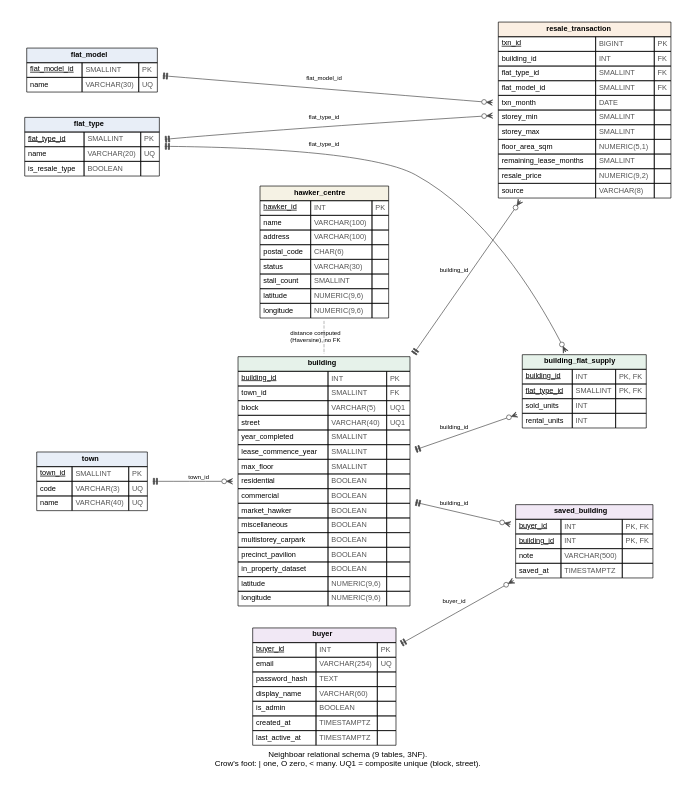
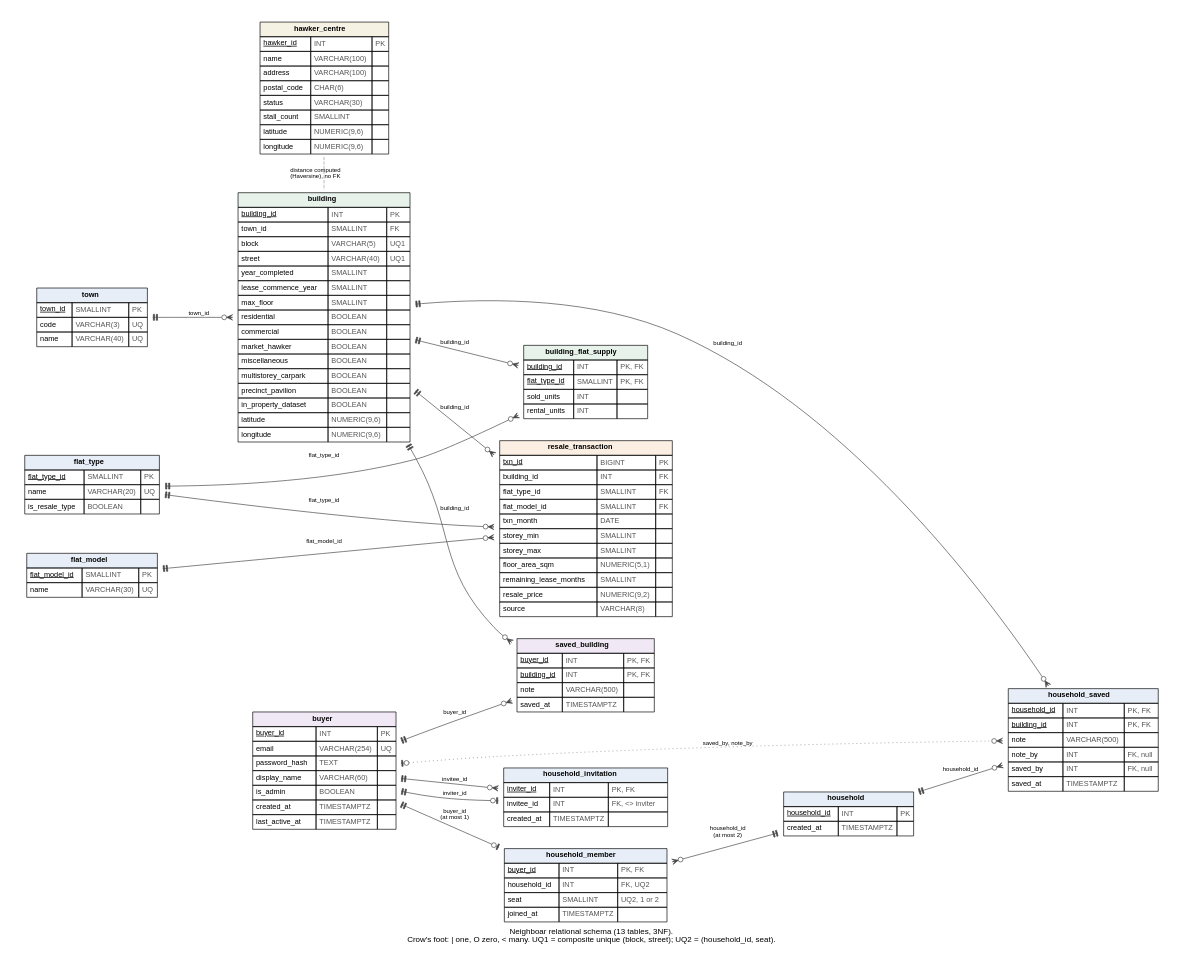
One commit to C-O-L0/Neighboarhood changed the diagram in docs/diagrams/erd.dot. Above: the diagram before and after it, drawn with Graphviz. The commit also changed 36 other files, not shown here.

First line of the commit message:
Add households: two accounts sharing one shortlist (both databases)

```diff
--- a/docs/diagrams/erd.dot
+++ b/docs/diagrams/erd.dot
@@ -1,13 +1,15 @@
-// Neighboar ERD: PostgreSQL schema (db/postgres/001_schema.sql), crow's-foot notation.
+// Neighboar ERD: PostgreSQL schema (db/postgres/001_schema.sql, 006_households.sql), crow's-foot notation.
 // Hand-maintained. tests/integration/test_erd.py fails if a table or column here differs from the live catalogue.
 // Render: python -m docs.diagrams.build
 digraph neighboar_erd {
   graph [rankdir=LR, splines=spline, nodesep=0.35, ranksep=0.9, fontname="Helvetica", fontsize=12, pad=0.3,
-         label="Neighboar relational schema (9 tables, 3NF).\nCrow's foot: | one, O zero, < many. UQ1 = composite unique (block, street).", labelloc=b];
+         label="Neighboar relational schema (13 tables, 3NF).\nCrow's foot: | one, O zero, < many. UQ1 = composite unique (block, street); UQ2 = (household_id, seat).", labelloc=b];
   node [shape=plaintext, fontname="Helvetica", fontsize=11];
   { rank=same; town; flat_type; flat_model; }
   { rank=same; building; buyer; hawker_centre; }
-  { rank=same; resale_transaction; building_flat_supply; saved_building; }
+  { rank=same; resale_transaction; building_flat_supply; saved_building; household_member; household_invitation; }
+  { rank=same; household; }
+  { rank=same; household_saved; }
   edge [fontname="Helvetica", fontsize=9, color="#444444", dir=both, arrowsize=0.9];
 
   town [label=<
@@ -92,6 +94,37 @@
       <TR><TD PORT="note" ALIGN="LEFT">note</TD><TD ALIGN="LEFT"><FONT COLOR="#555555">VARCHAR(500)</FONT></TD><TD ALIGN="LEFT"> </TD></TR>
       <TR><TD PORT="saved_at" ALIGN="LEFT">saved_at</TD><TD ALIGN="LEFT"><FONT COLOR="#555555">TIMESTAMPTZ</FONT></TD><TD ALIGN="LEFT"> </TD></TR>
     </TABLE>>];
+  household [label=<
+    <TABLE BORDER="0" CELLBORDER="1" CELLSPACING="0" CELLPADDING="4">
+      <TR><TD COLSPAN="3" BGCOLOR="#E7EEF7"><B>household</B></TD></TR>
+      <TR><TD PORT="household_id" ALIGN="LEFT"><U>household_id</U></TD><TD ALIGN="LEFT"><FONT COLOR="#555555">INT</FONT></TD><TD ALIGN="LEFT"><FONT COLOR="#555555">PK</FONT></TD></TR>
+      <TR><TD PORT="created_at" ALIGN="LEFT">created_at</TD><TD ALIGN="LEFT"><FONT COLOR="#555555">TIMESTAMPTZ</FONT></TD><TD ALIGN="LEFT"> </TD></TR>
+    </TABLE>>];
+  household_member [label=<
+    <TABLE BORDER="0" CELLBORDER="1" CELLSPACING="0" CELLPADDING="4">
+      <TR><TD COLSPAN="3" BGCOLOR="#E7EEF7"><B>household_member</B></TD></TR>
+      <TR><TD PORT="buyer_id" ALIGN="LEFT"><U>buyer_id</U></TD><TD ALIGN="LEFT"><FONT COLOR="#555555">INT</FONT></TD><TD ALIGN="LEFT"><FONT COLOR="#555555">PK, FK</FONT></TD></TR>
+      <TR><TD PORT="household_id" ALIGN="LEFT">household_id</TD><TD ALIGN="LEFT"><FONT COLOR="#555555">INT</FONT></TD><TD ALIGN="LEFT"><FONT COLOR="#555555">FK, UQ2</FONT></TD></TR>
+      <TR><TD PORT="seat" ALIGN="LEFT">seat</TD><TD ALIGN="LEFT"><FONT COLOR="#555555">SMALLINT</FONT></TD><TD ALIGN="LEFT"><FONT COLOR="#555555">UQ2, 1 or 2</FONT></TD></TR>
+      <TR><TD PORT="joined_at" ALIGN="LEFT">joined_at</TD><TD ALIGN="LEFT"><FONT COLOR="#555555">TIMESTAMPTZ</FONT></TD><TD ALIGN="LEFT"> </TD></TR>
+    </TABLE>>];
+  household_invitation [label=<
+    <TABLE BORDER="0" CELLBORDER="1" CELLSPACING="0" CELLPADDING="4">
+      <TR><TD COLSPAN="3" BGCOLOR="#E7EEF7"><B>household_invitation</B></TD></TR>
+      <TR><TD PORT="inviter_id" ALIGN="LEFT"><U>inviter_id</U></TD><TD ALIGN="LEFT"><FONT COLOR="#555555">INT</FONT></TD><TD ALIGN="LEFT"><FONT COLOR="#555555">PK, FK</FONT></TD></TR>
+      <TR><TD PORT="invitee_id" ALIGN="LEFT">invitee_id</TD><TD ALIGN="LEFT"><FONT COLOR="#555555">INT</FONT></TD><TD ALIGN="LEFT"><FONT COLOR="#555555">FK, &lt;&gt; inviter</FONT></TD></TR>
+      <TR><TD PORT="created_at" ALIGN="LEFT">created_at</TD><TD ALIGN="LEFT"><FONT COLOR="#555555">TIMESTAMPTZ</FONT></TD><TD ALIGN="LEFT"> </TD></TR>
+    </TABLE>>];
+  household_saved [label=<
+    <TABLE BORDER="0" CELLBORDER="1" CELLSPACING="0" CELLPADDING="4">
+      <TR><TD COLSPAN="3" BGCOLOR="#E7EEF7"><B>household_saved</B></TD></TR>
+      <TR><TD PORT="household_id" ALIGN="LEFT"><U>household_id</U></TD><TD ALIGN="LEFT"><FONT COLOR="#555555">INT</FONT></TD><TD ALIGN="LEFT"><FONT COLOR="#555555">PK, FK</FONT></TD></TR>
+      <TR><TD PORT="building_id" ALIGN="LEFT"><U>building_id</U></TD><TD ALIGN="LEFT"><FONT COLOR="#555555">INT</FONT></TD><TD ALIGN="LEFT"><FONT COLOR="#555555">PK, FK</FONT></TD></TR>
+      <TR><TD PORT="note" ALIGN="LEFT">note</TD><TD ALIGN="LEFT"><FONT COLOR="#555555">VARCHAR(500)</FONT></TD><TD ALIGN="LEFT"> </TD></TR>
+      <TR><TD PORT="note_by" ALIGN="LEFT">note_by</TD><TD ALIGN="LEFT"><FONT COLOR="#555555">INT</FONT></TD><TD ALIGN="LEFT"><FONT COLOR="#555555">FK, null</FONT></TD></TR>
+      <TR><TD PORT="saved_by" ALIGN="LEFT">saved_by</TD><TD ALIGN="LEFT"><FONT COLOR="#555555">INT</FONT></TD><TD ALIGN="LEFT"><FONT COLOR="#555555">FK, null</FONT></TD></TR>
+      <TR><TD PORT="saved_at" ALIGN="LEFT">saved_at</TD><TD ALIGN="LEFT"><FONT COLOR="#555555">TIMESTAMPTZ</FONT></TD><TD ALIGN="LEFT"> </TD></TR>
+    </TABLE>>];
   hawker_centre [label=<
     <TABLE BORDER="0" CELLBORDER="1" CELLSPACING="0" CELLPADDING="4">
       <TR><TD COLSPAN="3" BGCOLOR="#F5F2E4"><B>hawker_centre</B></TD></TR>
@@ -113,5 +146,12 @@
   flat_model -> resale_transaction [arrowtail=teetee, arrowhead=crowodot, label="flat_model_id"];
   buyer -> saved_building [arrowtail=teetee, arrowhead=crowodot, label="buyer_id"];
   building -> saved_building [arrowtail=teetee, arrowhead=crowodot, label="building_id"];
+  household_member -> household [arrowtail=crowodot, arrowhead=teetee, label="household_id\n(at most 2)"];
+  buyer -> household_member [arrowtail=teetee, arrowhead=teeodot, label="buyer_id\n(at most 1)"];
+  buyer -> household_invitation [arrowtail=teetee, arrowhead=teeodot, label="inviter_id"];
+  buyer -> household_invitation [arrowtail=teetee, arrowhead=crowodot, label="invitee_id"];
+  household -> household_saved [arrowtail=teetee, arrowhead=crowodot, label="household_id"];
+  building -> household_saved [arrowtail=teetee, arrowhead=crowodot, label="building_id"];
+  buyer -> household_saved [arrowtail=teeodot, arrowhead=crowodot, style=dotted, label="saved_by, note_by"];
   hawker_centre -> building [style=dashed, dir=none, color="#999999", label="distance computed\n(Haversine), no FK"];
 }
```
